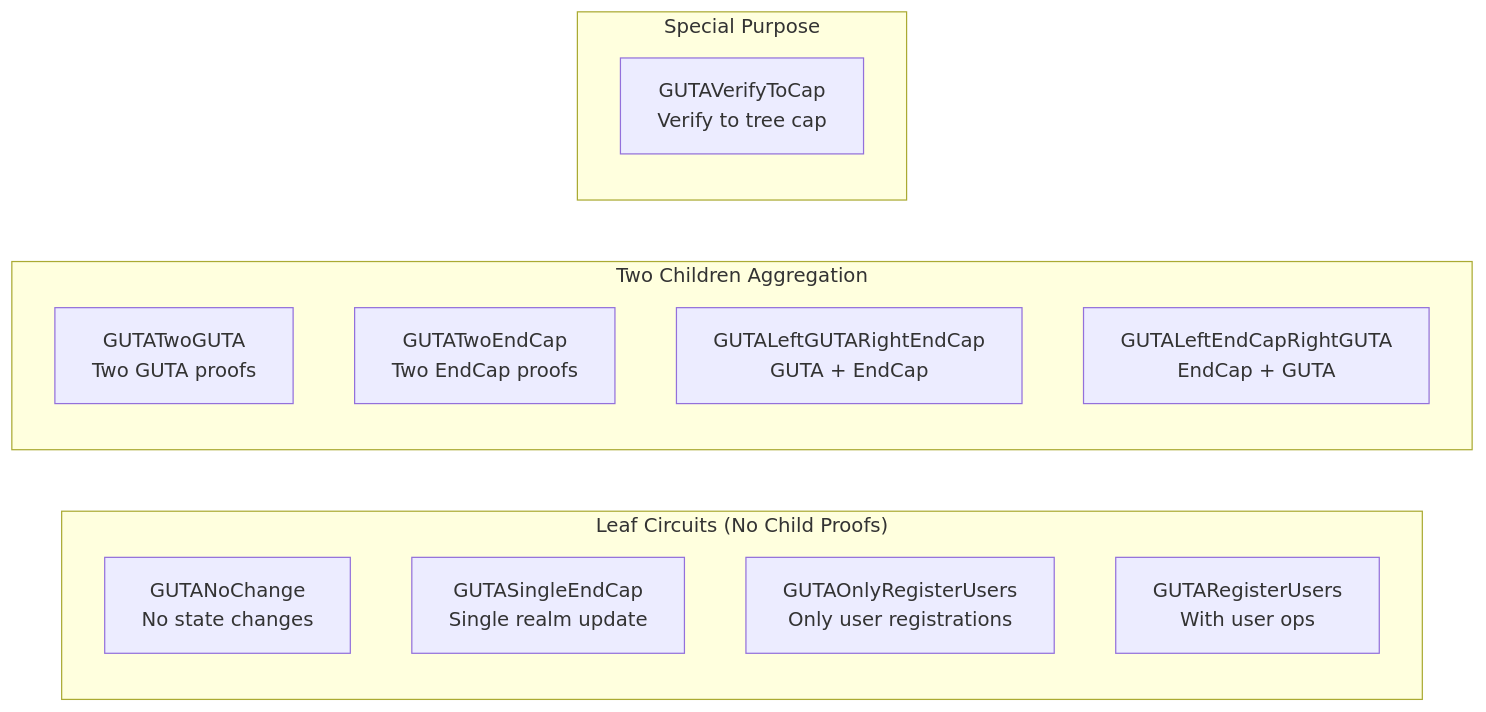
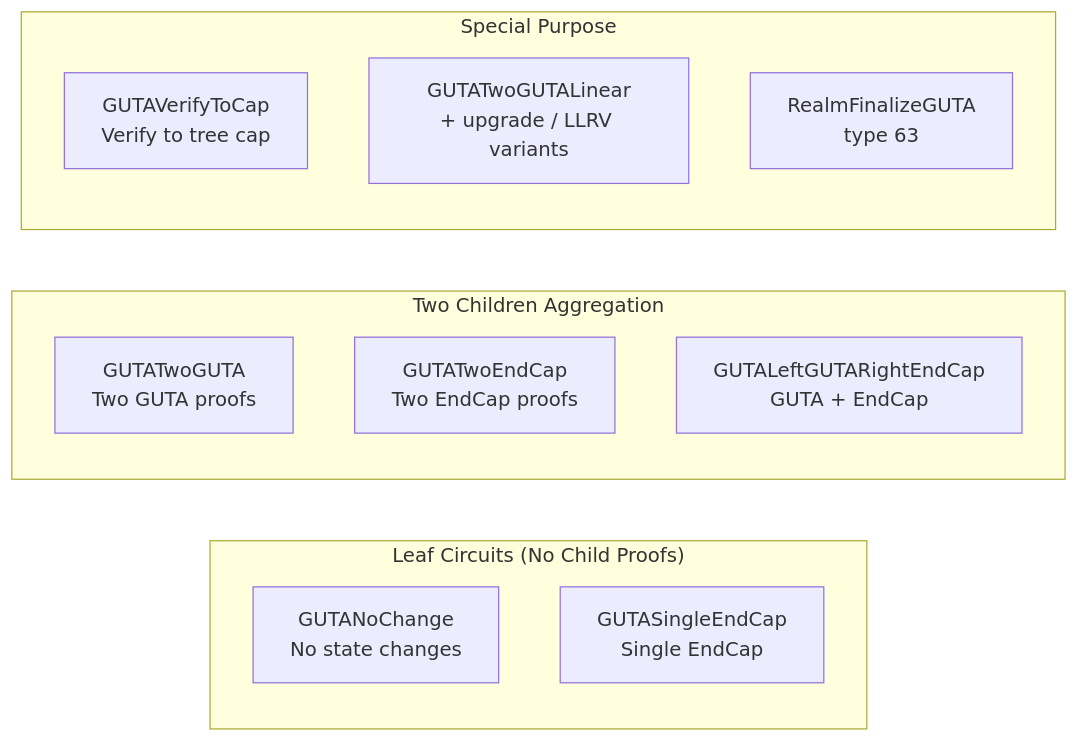
The second of 3 diagrams in docs/src/protocol/ProvingJobs.md (PsyProtocol/psy-node), drawn with Mermaid before and after one commit. The commit also changed other lines of this file and 15 other files, not shown here.

First line of the commit message:
Sync protocol flow docs and agent working rules

````diff
--- a/docs/src/protocol/ProvingJobs.md
+++ b/docs/src/protocol/ProvingJobs.md
@@ -166,20 +167,19 @@
 ```mermaid
 graph LR
     subgraph "Leaf Circuits (No Child Proofs)"
         GNC[GUTANoChange<br/>No state changes]
-        GSE[GUTASingleEndCap<br/>Single realm update]
-        GOR[GUTAOnlyRegisterUsers<br/>Only user registrations]
-        GRU[GUTARegisterUsers<br/>With user ops]
+        GSE[GUTASingleEndCap<br/>Single EndCap]
     end
 
     subgraph "Two Children Aggregation"
         GTG[GUTATwoGUTA<br/>Two GUTA proofs]
         GTE[GUTATwoEndCap<br/>Two EndCap proofs]
         GLR[GUTALeftGUTARightEndCap<br/>GUTA + EndCap]
-        GLE[GUTALeftEndCapRightGUTA<br/>EndCap + GUTA]
     end
 
     subgraph "Special Purpose"
         GVC[GUTAVerifyToCap<br/>Verify to tree cap]
+        GLIN[GUTATwoGUTALinear<br/>+ upgrade / LLRV variants]
+        GRF[RealmFinalizeGUTA<br/>type 63]
     end
 ```
````
